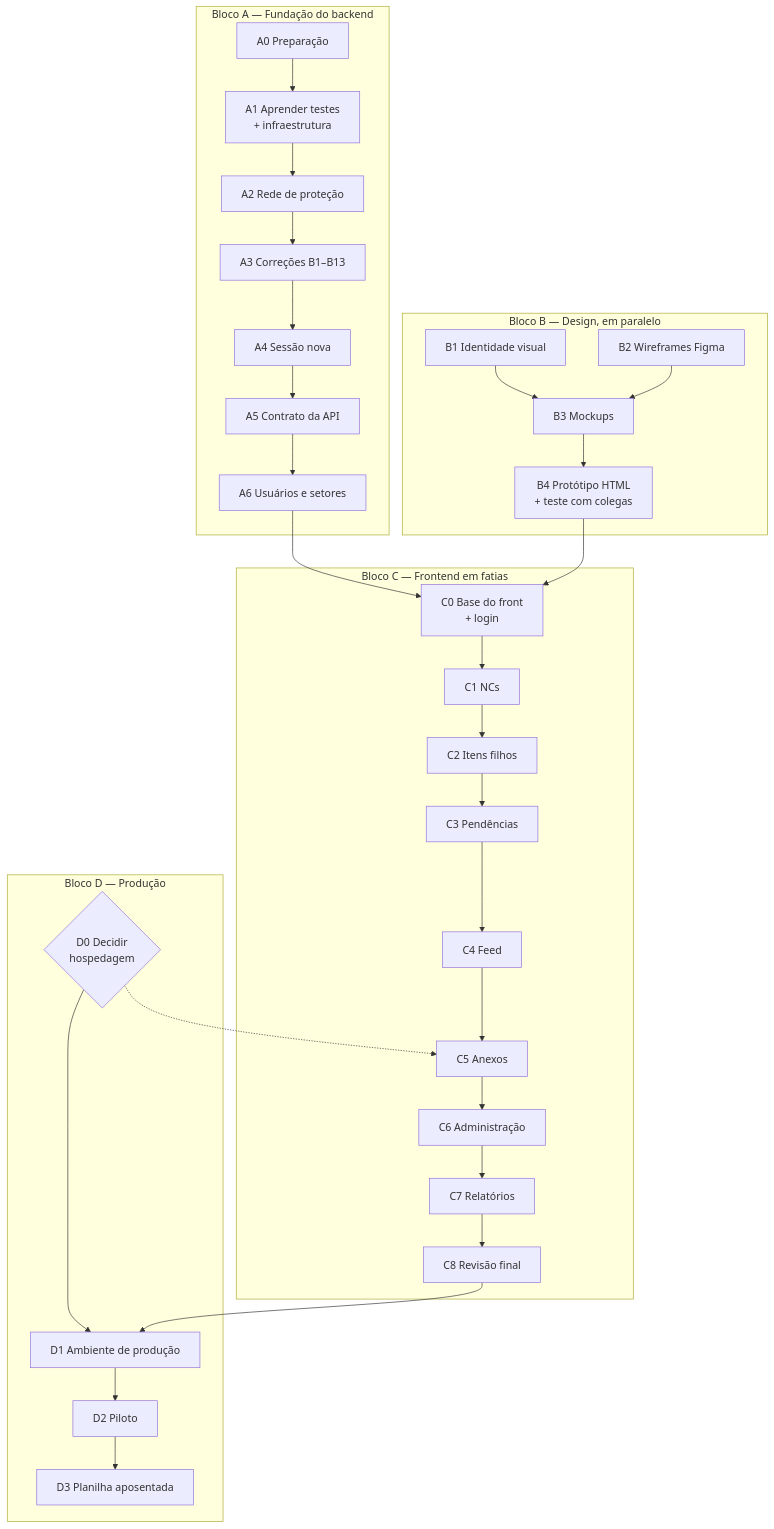
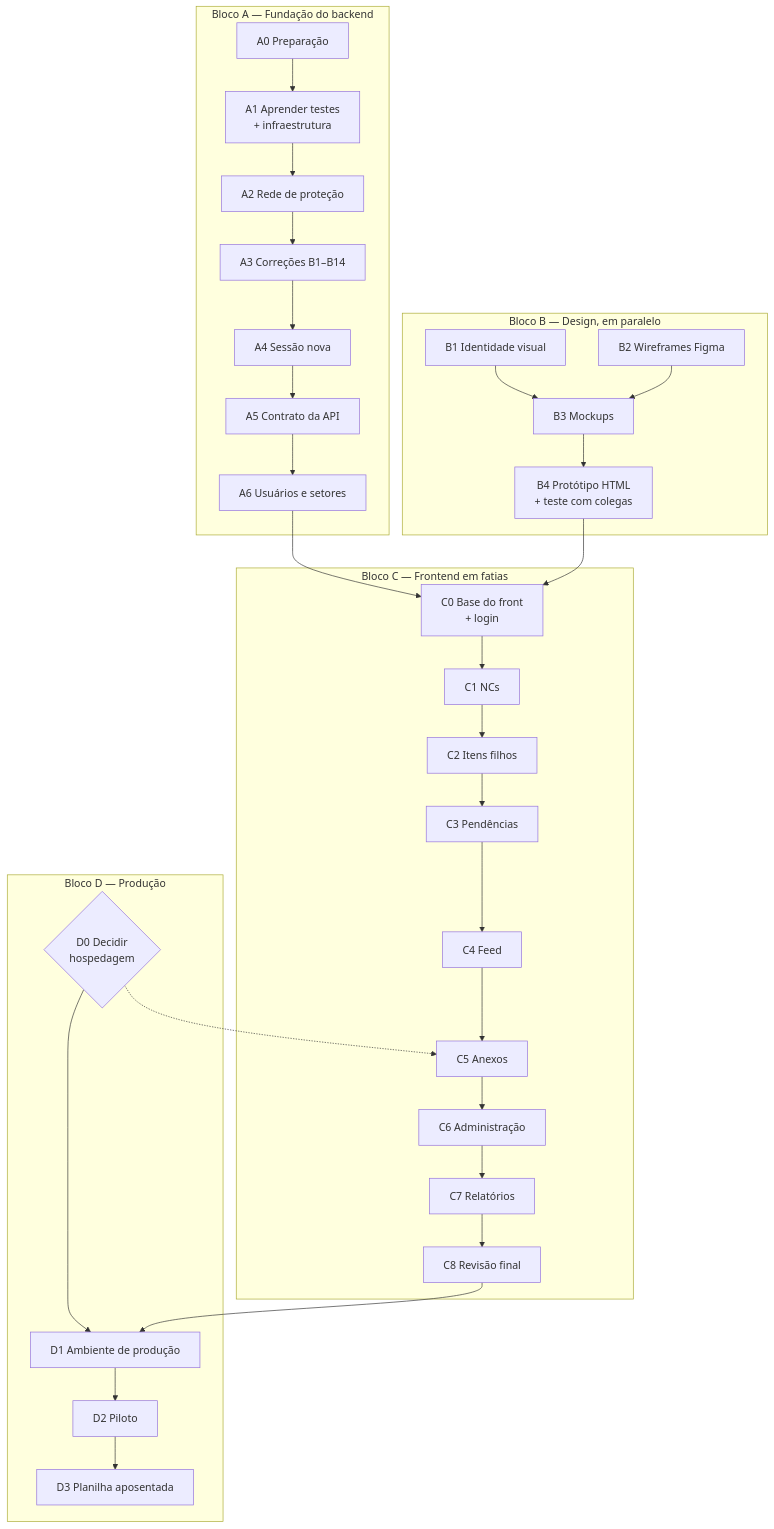
One commit to fellipemnds/qualityhub changed the diagram in docs/plano-implementacao.md. Above: the diagram before and after it, drawn with Mermaid. The commit also changed other lines of this file and 2 other files, not shown here.

````diff
--- a/docs/plano-implementacao.md
+++ b/docs/plano-implementacao.md
@@ -45,39 +45,39 @@
 ```mermaid
 flowchart TD
     subgraph A[Bloco A — Fundação do backend]
         A0[A0 Preparação] --> A1[A1 Aprender testes<br/>+ infraestrutura]
         A1 --> A2[A2 Rede de proteção]
-        A2 --> A3[A3 Correções B1–B13]
+        A2 --> A3[A3 Correções B1–B14]
         A3 --> A4[A4 Sessão nova]
         A4 --> A5[A5 Contrato da API]
         A5 --> A6[A6 Usuários e setores]
     end
 
     subgraph B[Bloco B — Design, em paralelo]
         B1[B1 Identidade visual] --> B3
         B2[B2 Wireframes Figma] --> B3[B3 Mockups]
         B3 --> B4[B4 Protótipo HTML<br/>+ teste com colegas]
     end
 
     subgraph C[Bloco C — Frontend em fatias]
         C0[C0 Base do front<br/>+ login] --> C1[C1 NCs]
         C1 --> C2[C2 Itens filhos]
         C2 --> C3[C3 Pendências]
         C3 --> C4[C4 Feed]
         C4 --> C5[C5 Anexos]
         C5 --> C6[C6 Administração]
         C6 --> C7[C7 Relatórios]
         C7 --> C8[C8 Revisão final]
     end
 
     subgraph D[Bloco D — Produção]
         D0{D0 Decidir<br/>hospedagem} --> D1[D1 Ambiente de produção]
         D1 --> D2[D2 Piloto]
         D2 --> D3[D3 Planilha aposentada]
     end
 
     A6 --> C0
     B4 --> C0
     D0 -.-> C5
     C8 --> D1
 ```
````
